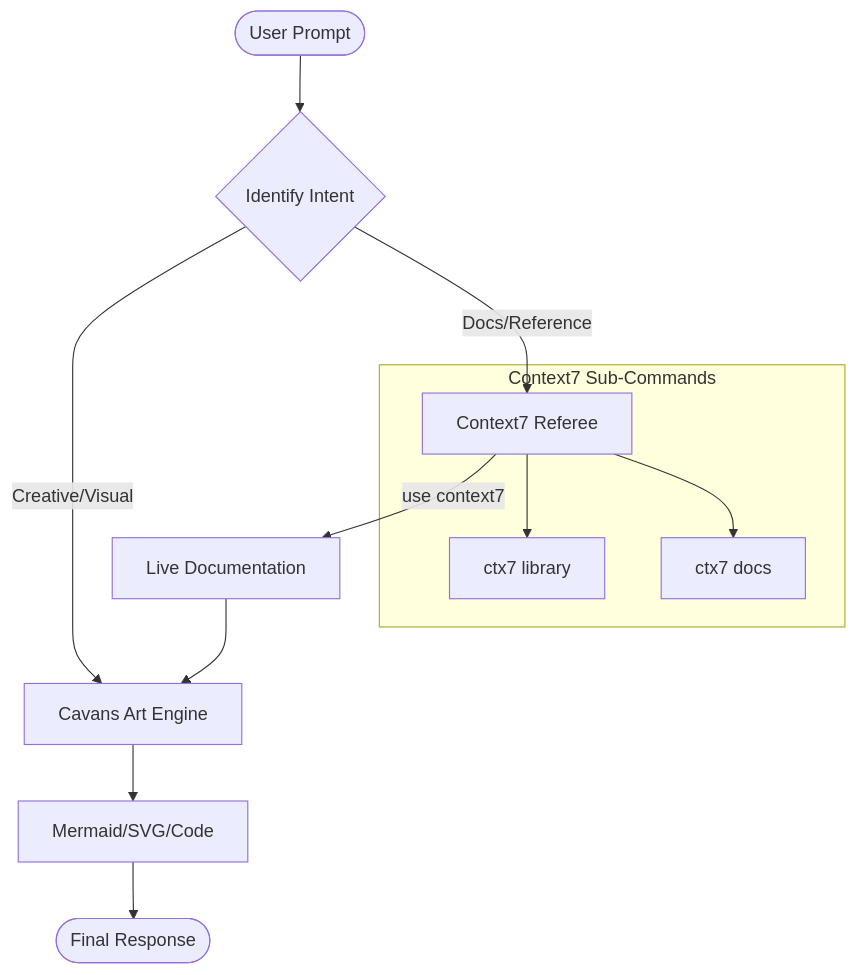
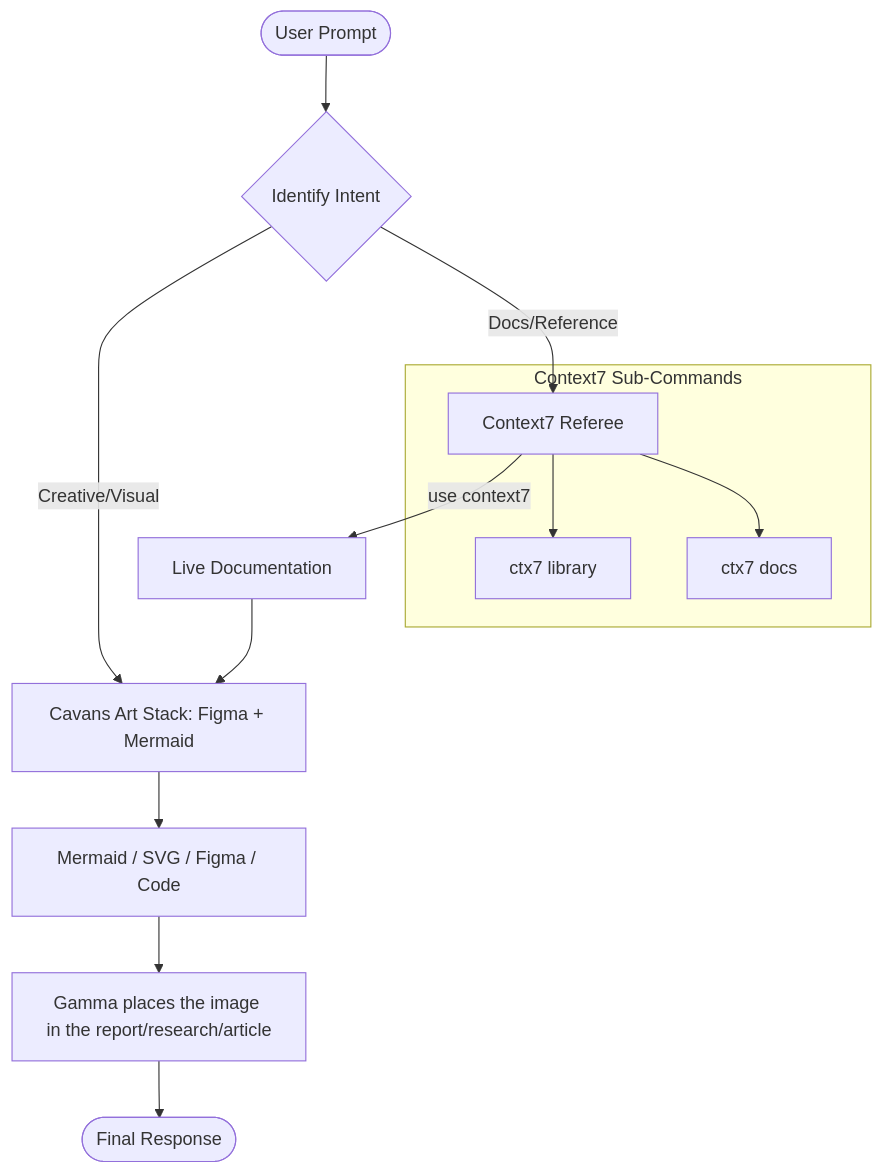
Before and after one commit to thor-thunder/rethinking_prompting: the diagram in SKILL.md, drawn with Mermaid. The commit also changed other lines of this file, not shown here.

````diff
--- a/SKILL.md
+++ b/SKILL.md
@@ -35,17 +50,18 @@
 ```mermaid
 graph TD
     User([User Prompt]) --> Router{Identify Intent}
-    Router -- "Creative/Visual" --> CA[Cavans Art Engine]
+    Router -- "Creative/Visual" --> CA[Cavans Art Stack: Figma + Mermaid]
     Router -- "Docs/Reference" --> C7[Context7 Referee]
 
     C7 -- "use context7" --> Fetch[Live Documentation]
     Fetch --> CA
 
-    CA --> Artifact[Mermaid/SVG/Code]
-    Artifact --> Output([Final Response])
+    CA --> Artifact[Mermaid / SVG / Figma / Code]
+    Artifact --> Gamma[Gamma places the image in the report/research/article]
+    Gamma --> Output([Final Response])
 
     subgraph "Context7 Sub-Commands"
         C7 --> Lib[ctx7 library]
         C7 --> Doc[ctx7 docs]
     end
 ```
````
